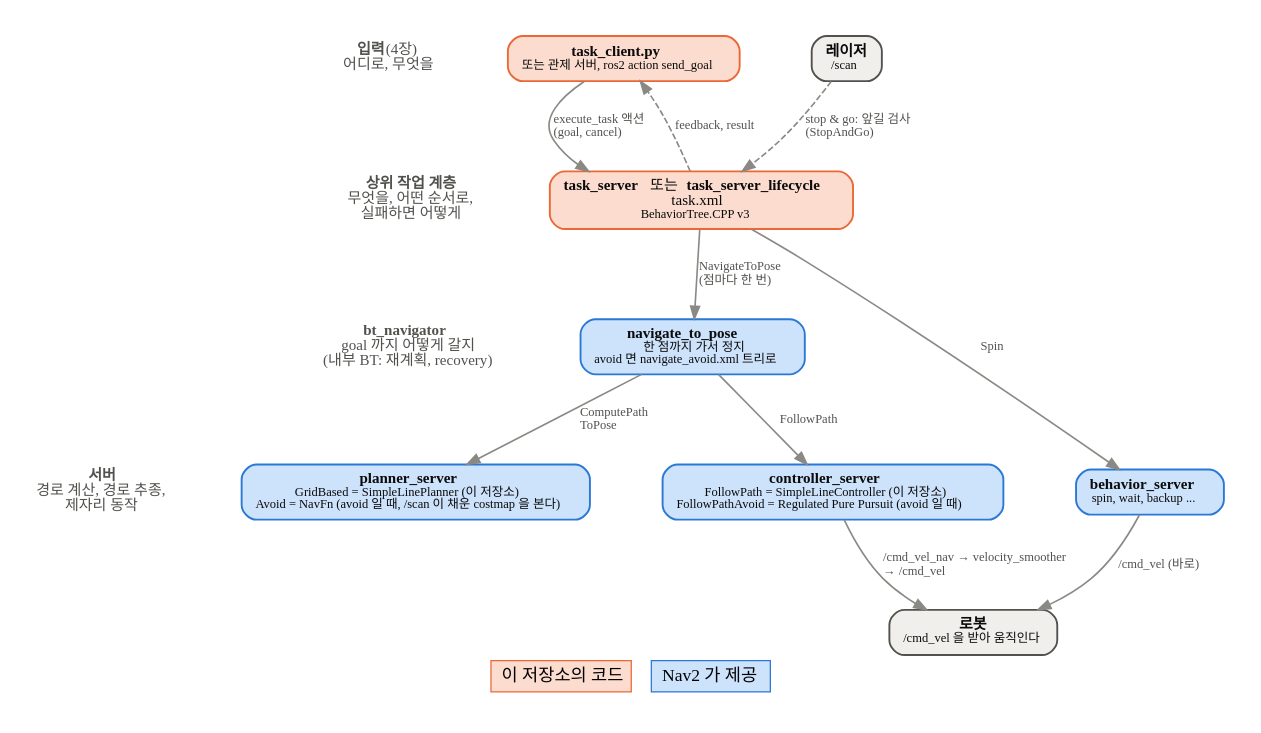
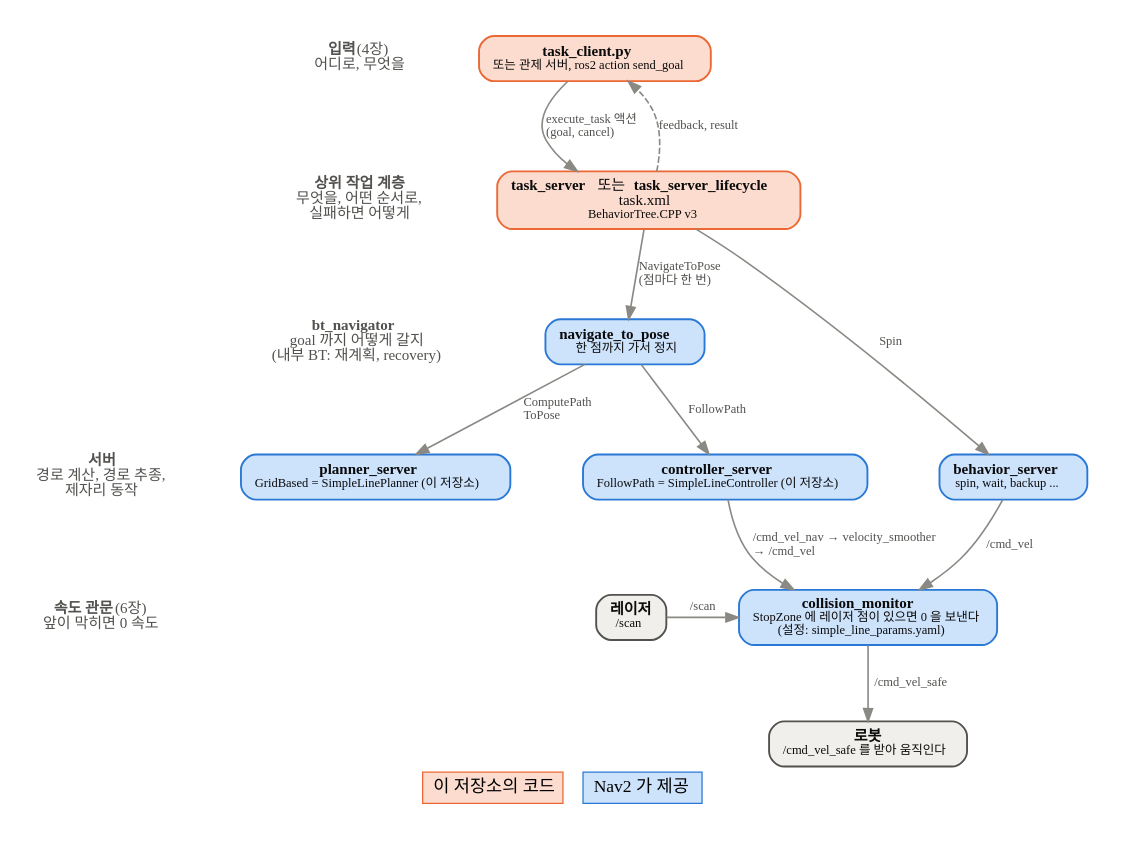
One commit to 1-roro/nav2_dwb changed the diagram in bt_navigator/bt_mission/doc/layers.dot. Above: the diagram before and after it, drawn with Graphviz. The commit also changed 34 other files, not shown here.

```diff
--- a/bt_navigator/bt_mission/doc/layers.dot
+++ b/bt_navigator/bt_mission/doc/layers.dot
@@ -1,58 +1,62 @@
 // 미션 BT 가 Nav2 의 어디에 붙는지 (dot -Tpng -Gdpi=110 layers.dot -o layers.png)
 digraph layers {
   graph [rankdir=TB, fontname="NanumGothic", bgcolor="white", pad=0.3, nodesep=0.4, ranksep=0.7,
          newrank=true, labelloc=b, label=<<table border="0" cellspacing="0" cellpadding="4"><tr>
            <td bgcolor="#fbdccf" border="1" color="#eb6834">&nbsp;이 저장소의 코드&nbsp;</td><td>&nbsp;&nbsp;</td>
            <td bgcolor="#cde2fb" border="1" color="#2a78d6">&nbsp;Nav2 가 제공&nbsp;</td></tr></table>>];
   node [shape=box, style="rounded,filled", fontname="NanumGothic", fontsize=12, fontcolor="#0b0b0b",
         penwidth=1.5, margin="0.15,0.08"];
   edge [color="#8a8984", penwidth=1.3, fontname="NanumGothic", fontsize=10, fontcolor="#52514e"];
 
   // 왼쪽 열: 계층 이름
   node [shape=plaintext, style="", fontsize=12, fontcolor="#52514e", margin=0];
   L0 [label=<<b>입력</b> (4장)<br/>어디로, 무엇을>];
   L1 [label=<<b>상위 작업 계층</b><br/>무엇을, 어떤 순서로,<br/>실패하면 어떻게>];
   L2 [label=<<b>bt_navigator</b><br/>goal 까지 어떻게 갈지<br/>(내부 BT: 재계획, recovery)>];
   L3 [label=<<b>서버</b><br/>경로 계산, 경로 추종,<br/>제자리 동작>];
-  L4 [label=""];
-  L0 -> L1 -> L2 -> L3 -> L4 [style=invis];
+  L4 [label=<<b>속도 관문</b> (6장)<br/>앞이 막히면 0 속도>];
+  L5 [label=""];
+  L0 -> L1 -> L2 -> L3 -> L4 -> L5 [style=invis];
 
   node [shape=box, style="rounded,filled", fontsize=12, fontcolor="#0b0b0b", margin="0.15,0.08"];
   ts [label=<<b>task_client.py</b><br/><font point-size="10">또는 관제 서버, ros2 action send_goal</font>>,
       fillcolor="#fbdccf", color="#eb6834"];
   bt [label=<<b>task_server</b> 또는 <b>task_server_lifecycle</b><br/>task.xml<br/><font point-size="10">BehaviorTree.CPP v3</font>>,
       fillcolor="#fbdccf", color="#eb6834"];
-  nt [label=<<b>navigate_to_pose</b><br/><font point-size="10">한 점까지 가서 정지<br/>avoid 면 navigate_avoid.xml 트리로</font>>,
+  nt [label=<<b>navigate_to_pose</b><br/><font point-size="10">한 점까지 가서 정지</font>>,
       fillcolor="#cde2fb", color="#2a78d6"];
-  planner [label=<<b>planner_server</b><br/><font point-size="10">GridBased = SimpleLinePlanner (이 저장소)<br/>Avoid = NavFn (avoid 일 때, /scan 이 채운 costmap 을 본다)</font>>,
+  planner [label=<<b>planner_server</b><br/><font point-size="10">GridBased = SimpleLinePlanner (이 저장소)</font>>,
            fillcolor="#cde2fb", color="#2a78d6"];
-  controller [label=<<b>controller_server</b><br/><font point-size="10">FollowPath = SimpleLineController (이 저장소)<br/>FollowPathAvoid = Regulated Pure Pursuit (avoid 일 때)</font>>,
+  controller [label=<<b>controller_server</b><br/><font point-size="10">FollowPath = SimpleLineController (이 저장소)</font>>,
               fillcolor="#cde2fb", color="#2a78d6"];
   behavior [label=<<b>behavior_server</b><br/><font point-size="10">spin, wait, backup ...</font>>,
             fillcolor="#cde2fb", color="#2a78d6"];
-  robot [label=<<b>로봇</b><br/><font point-size="10">/cmd_vel 을 받아 움직인다</font>>,
+  cm [label=<<b>collision_monitor</b><br/><font point-size="10">StopZone 에 레이저 점이 있으면 0 을 보낸다<br/>(설정: simple_line_params.yaml)</font>>,
+      fillcolor="#cde2fb", color="#2a78d6"];
+  robot [label=<<b>로봇</b><br/><font point-size="10">/cmd_vel_safe 를 받아 움직인다</font>>,
          fillcolor="#f0efec", color="#52514e"];
   laser [label=<<b>레이저</b><br/><font point-size="10">/scan</font>>,
          fillcolor="#f0efec", color="#52514e"];
 
-  {rank=same; L0; ts; laser}
+  {rank=same; L0; ts}
   {rank=same; L1; bt}
   {rank=same; L2; nt}
   {rank=same; L3; planner; controller; behavior}
-  {rank=same; L4; robot}
+  {rank=same; L4; cm; laser}
+  {rank=same; L5; robot}
   L0 -> ts [style=invis];
   L1 -> bt [style=invis];
   L2 -> nt [style=invis];
   L3 -> planner -> controller -> behavior [style=invis];
-  ts -> laser [style=invis];
 
   ts -> bt [label=" execute_task 액션\l (goal, cancel)\l"];
   bt -> ts [style=dashed, label=" feedback, result\l"];
   bt -> nt [label=" NavigateToPose\l (점마다 한 번)\l"];
   bt -> behavior [label=" Spin"];
   nt -> planner [label=" ComputePath\l ToPose\l"];
   nt -> controller [label=" FollowPath"];
-  controller -> robot [label=" /cmd_vel_nav → velocity_smoother\l → /cmd_vel\l"];
-  behavior -> robot [label=" /cmd_vel (바로)"];
-  laser -> bt [style=dashed, label=" stop & go: 앞길 검사\l (StopAndGo)\l"];
+  controller -> cm [label=" /cmd_vel_nav → velocity_smoother\l → /cmd_vel\l"];
+  behavior -> cm [label=" /cmd_vel"];
+  laser -> cm [label=" /scan"];
+  cm -> robot [label=" /cmd_vel_safe"];
 }
```
